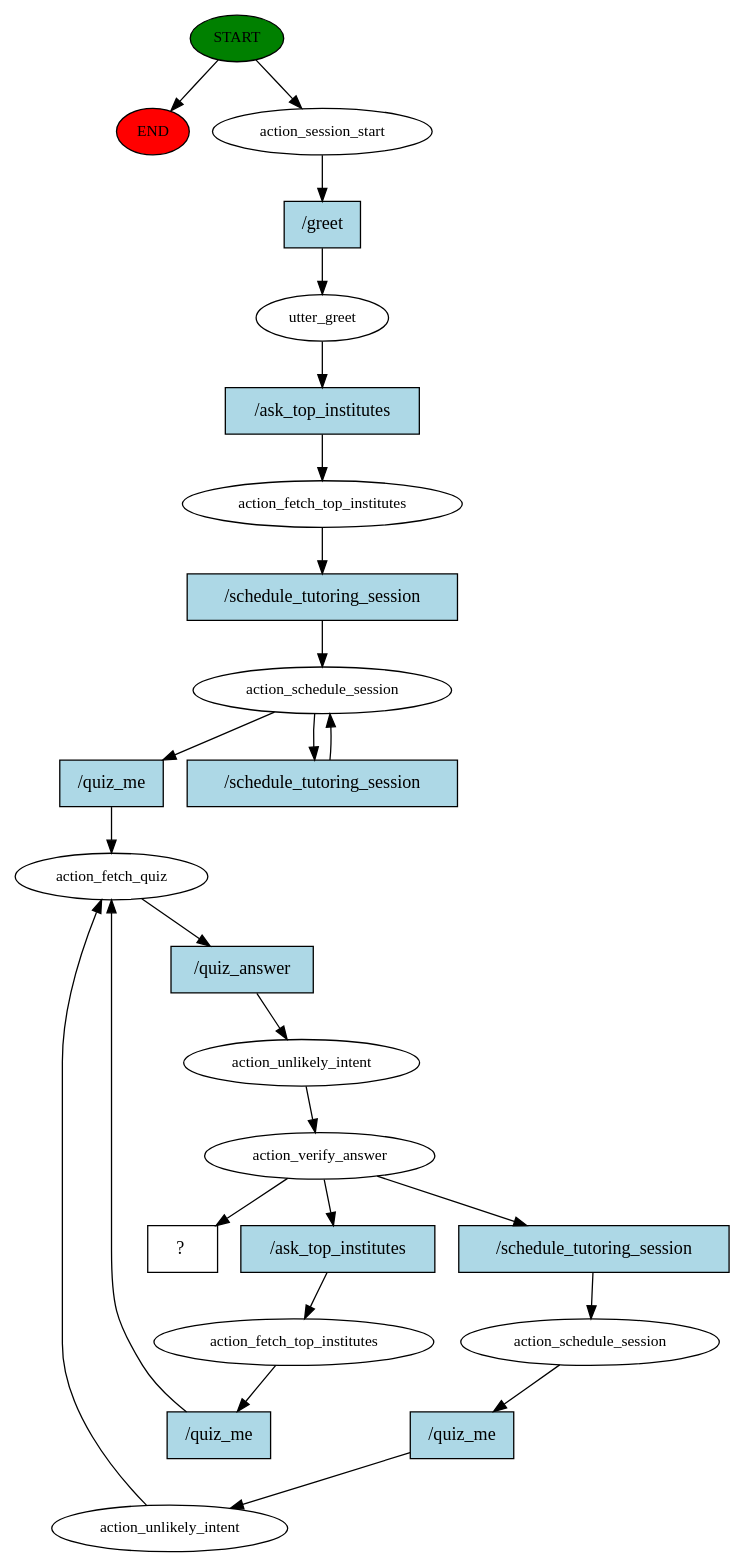
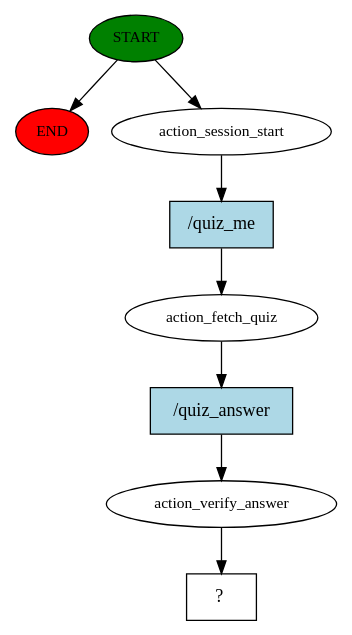
Before and after one commit to MirzaSohaib-Baig/edu-chatbot-backend: the diagram in story_graph.dot, drawn with Graphviz. The commit also changed 12 other files, not shown here.

```diff
--- a/story_graph.dot
+++ b/story_graph.dot
@@ -1,50 +1,17 @@
 digraph  {
 0 [class="start active", fillcolor=green, fontsize=12, label=START, style=filled];
 "-1" [class=end, fillcolor=red, fontsize=12, label=END, style=filled];
 1 [class=active, fontsize=12, label=action_session_start];
-2 [class=active, fontsize=12, label=utter_greet];
-3 [class=active, fontsize=12, label=action_fetch_top_institutes];
-4 [class=active, fontsize=12, label=action_schedule_session];
-6 [class=active, fontsize=12, label=action_fetch_quiz];
-7 [class=active, fontsize=12, label=action_unlikely_intent];
-8 [class=active, fontsize=12, label=action_verify_answer];
-9 [class=active, fontsize=12, label=action_schedule_session];
-10 [class=active, fontsize=12, label=action_unlikely_intent];
-14 [class=active, fontsize=12, label=action_fetch_top_institutes];
-18 [class="intent dashed active", label="  ?  ", shape=rect];
-19 [class="intent active", fillcolor=lightblue, label="/greet", shape=rect, style=filled];
-20 [class="intent active", fillcolor=lightblue, label="/ask_top_institutes", shape=rect, style=filled];
-21 [class="intent active", fillcolor=lightblue, label="/schedule_tutoring_session", shape=rect, style=filled];
-22 [class="intent active", fillcolor=lightblue, label="/quiz_me", shape=rect, style=filled];
-23 [class="intent active", fillcolor=lightblue, label="/schedule_tutoring_session", shape=rect, style=filled];
-24 [class="intent active", fillcolor=lightblue, label="/quiz_answer", shape=rect, style=filled];
-25 [class="intent active", fillcolor=lightblue, label="/schedule_tutoring_session", shape=rect, style=filled];
-26 [class="intent active", fillcolor=lightblue, label="/ask_top_institutes", shape=rect, style=filled];
-27 [class="intent active", fillcolor=lightblue, label="/quiz_me", shape=rect, style=filled];
-28 [class="intent active", fillcolor=lightblue, label="/quiz_me", shape=rect, style=filled];
+2 [class=active, fontsize=12, label=action_fetch_quiz];
+3 [class=active, fontsize=12, label=action_verify_answer];
+4 [class="intent dashed active", label="  ?  ", shape=rect];
+5 [class="intent active", fillcolor=lightblue, label="/quiz_me", shape=rect, style=filled];
+6 [class="intent active", fillcolor=lightblue, label="/quiz_answer", shape=rect, style=filled];
 0 -> "-1"  [class="", key=NONE, label=""];
 0 -> 1  [class=active, key=NONE, label=""];
-1 -> 19  [class=active, key=0];
-2 -> 20  [class=active, key=0];
-3 -> 21  [class=active, key=0];
-4 -> 22  [class=active, key=0];
-4 -> 23  [class=active, key=0];
-6 -> 24  [class=active, key=0];
-7 -> 8  [class=active, key=NONE, label=""];
-8 -> 18  [class=active, key=NONE, label=""];
-8 -> 25  [class=active, key=0];
-8 -> 26  [class=active, key=0];
-9 -> 27  [class=active, key=0];
-10 -> 6  [class=active, key=NONE, label=""];
-14 -> 28  [class=active, key=0];
-19 -> 2  [class=active, key=0];
-20 -> 3  [class=active, key=0];
-21 -> 4  [class=active, key=0];
-22 -> 6  [class=active, key=0];
-23 -> 4  [class=active, key=0];
-24 -> 7  [class=active, key=0];
-25 -> 9  [class=active, key=0];
-26 -> 14  [class=active, key=0];
-27 -> 10  [class=active, key=0];
-28 -> 6  [class=active, key=0];
+1 -> 5  [class=active, key=0];
+2 -> 6  [class=active, key=0];
+3 -> 4  [class=active, key=NONE, label=""];
+5 -> 2  [class=active, key=0];
+6 -> 3  [class=active, key=0];
 }
```
